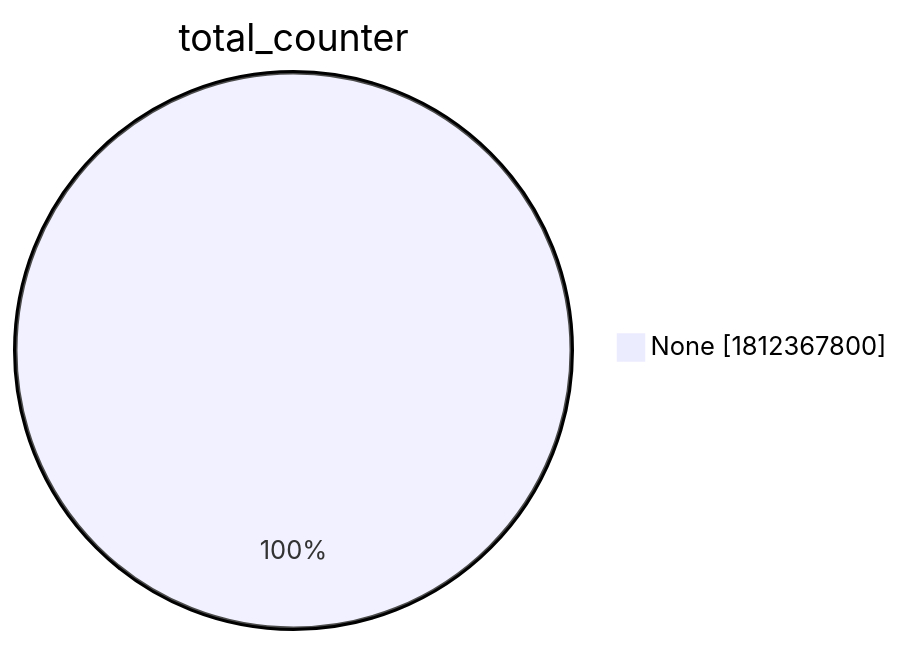
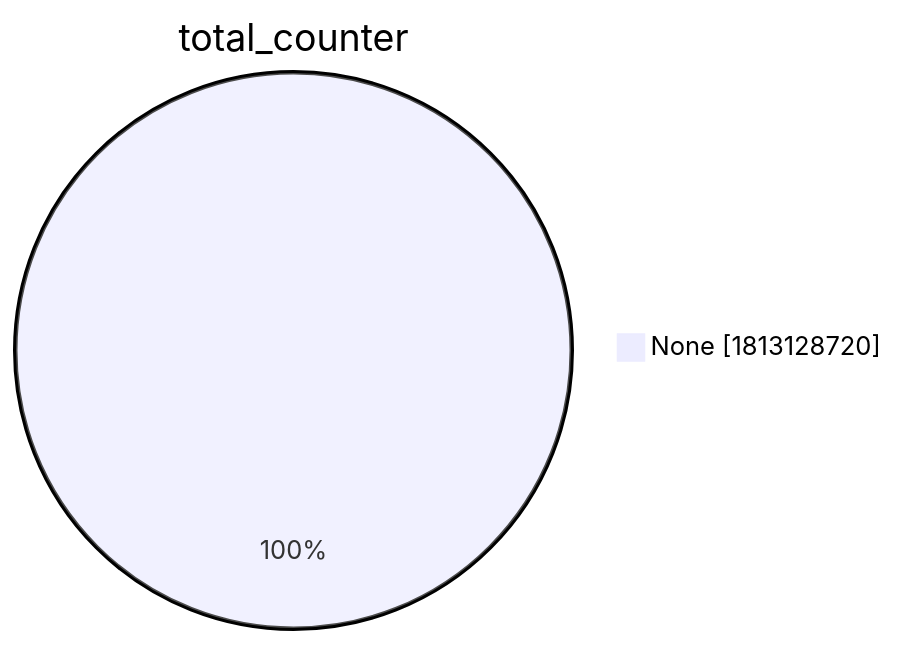
One commit to christiankrug/ctmonitor_visualization changed the second of 15 diagrams in xenon2022/README.md. Above: the diagram before and after it, drawn with Mermaid. The commit also changed other lines of this file, not shown here.

````diff
--- a/xenon2022/README.md
+++ b/xenon2022/README.md
@@ -9,5 +9,5 @@
 ```mermaid
 pie showData
 title total_counter
-"None" :1812367800
+"None" :1813128720
 ```
````
